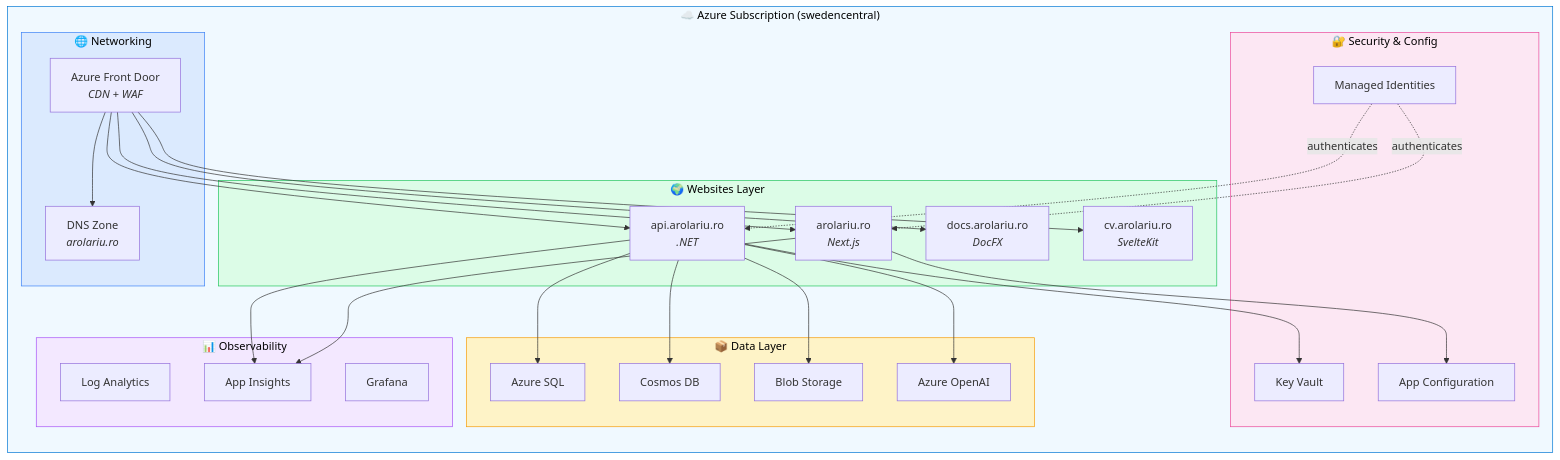
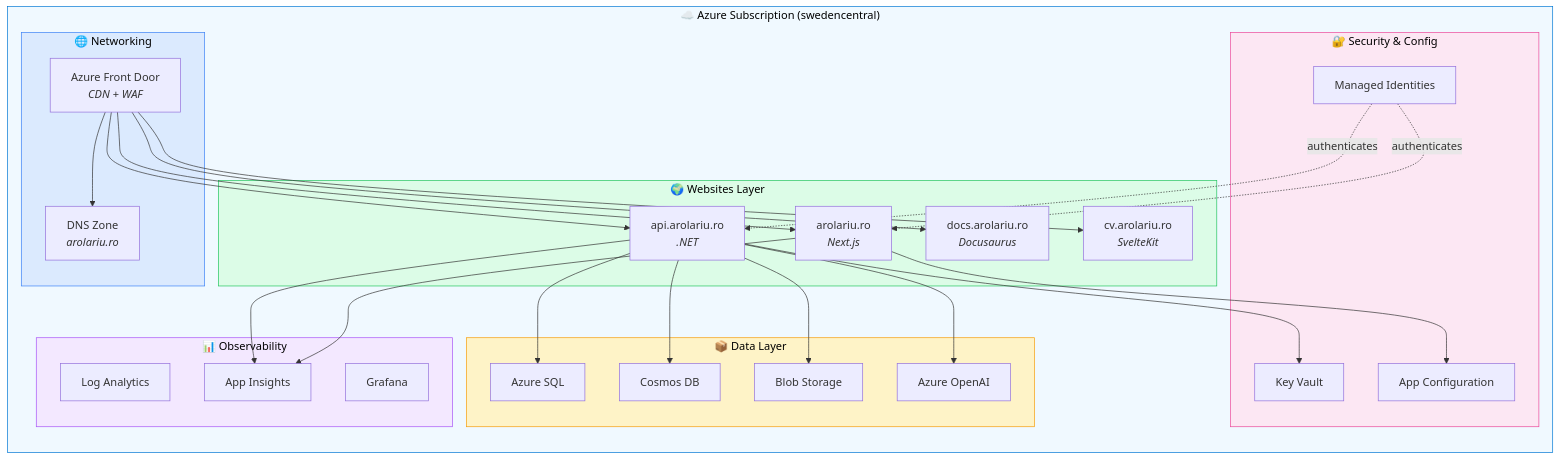
The third of 4 diagrams in README.md (arolariu/arolariu.ro), drawn with Mermaid before and after one commit. The commit also changed other lines of this file and 39 other files, not shown here.

First line of the commit message:
fix(agentic): align guidance with live architecture

````diff
--- a/README.md
+++ b/README.md
@@ -658,60 +658,60 @@
 ```mermaid
 graph TB
     subgraph SUB["☁️ Azure Subscription (swedencentral)"]
         direction TB
 
         subgraph NET["🌐 Networking"]
             AFD["Azure Front Door<br/><i>CDN + WAF</i>"]
             DNS["DNS Zone<br/><i>arolariu.ro</i>"]
         end
 
         subgraph WEB["🌍 Websites Layer"]
             S1["arolariu.ro<br/><i>Next.js</i>"]
             S2["api.arolariu.ro<br/><i>.NET</i>"]
-            S3["docs.arolariu.ro<br/><i>DocFX</i>"]
+            S3["docs.arolariu.ro<br/><i>Docusaurus</i>"]
             S4["cv.arolariu.ro<br/><i>SvelteKit</i>"]
         end
 
         subgraph DAT["📦 Data Layer"]
             SQL["Azure SQL"]
             CDB["Cosmos DB"]
             BLB["Blob Storage"]
             OAI["Azure OpenAI"]
         end
 
         subgraph SEC["🔐 Security & Config"]
             KV["Key Vault"]
             AC["App Configuration"]
             MI["Managed Identities"]
         end
 
         subgraph MON["📊 Observability"]
             LA["Log Analytics"]
             AI["App Insights"]
             GR["Grafana"]
         end
     end
 
     AFD --> DNS
     AFD --> S1
     AFD --> S2
     AFD --> S3
     AFD --> S4
     S2 --> SQL
     S2 --> CDB
     S2 --> BLB
     S2 --> OAI
     S2 --> KV
     S1 --> AC
     S1 --> AI
     S2 --> AI
     MI -.->|authenticates| S1
     MI -.->|authenticates| S2
 
     style SUB fill:#f0f9ff,stroke:#0078d4,color:#000
     style NET fill:#dbeafe,stroke:#3b82f6,color:#000
     style WEB fill:#dcfce7,stroke:#22c55e,color:#000
     style DAT fill:#fef3c7,stroke:#f59e0b,color:#000
     style SEC fill:#fce7f3,stroke:#ec4899,color:#000
     style MON fill:#f3e8ff,stroke:#a855f7,color:#000
 ```
````
